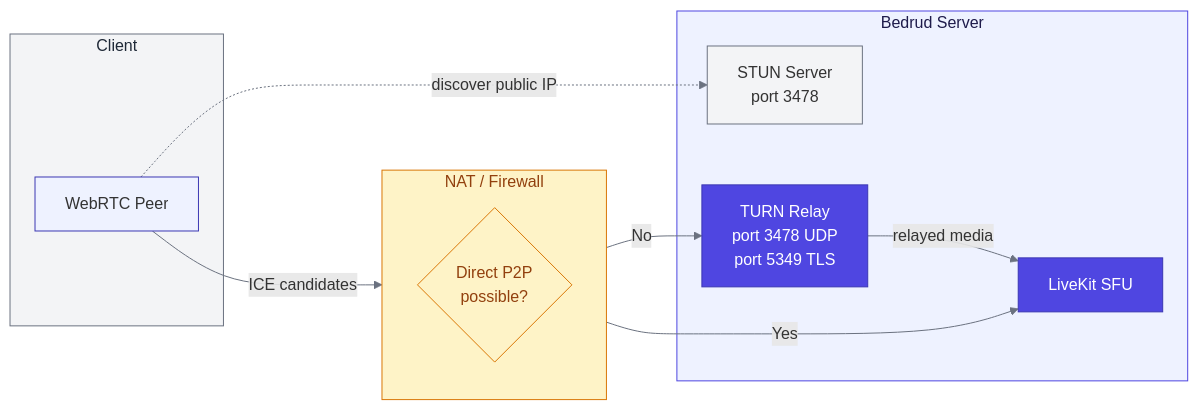
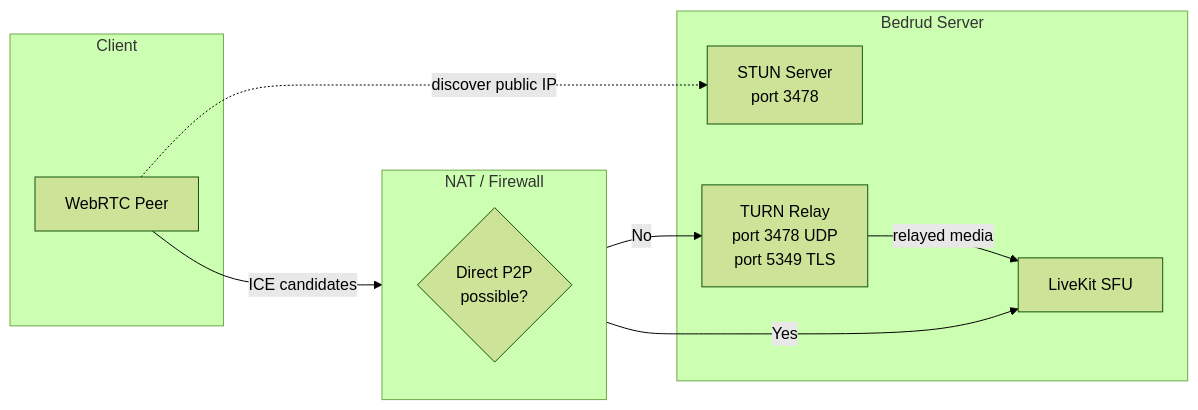
The first of 4 diagrams in docs/architecture/turn-server.md (bedrud-ir/bedrud), drawn with Mermaid before and after one commit. The commit also changed other lines of this file and 9 other files, not shown here.

Commit message:
update mermaid diagrams to use forest theme for consistent rendering

````diff
--- a/docs/architecture/turn-server.md
+++ b/docs/architecture/turn-server.md
@@ -29,42 +29,24 @@
 ```mermaid
-%%{init: {'themeVariables': {
-  'primaryColor': '#4F46E1',
-  'primaryTextColor': '#FFFFFF',
-  'primaryBorderColor': '#3B37B3',
-  'lineColor': '#6B7280',
-  'secondaryColor': '#F3F4F6',
-  'tertiaryColor': '#E5E7EB',
-  'background': '#FFFFFF',
-  'mainBkg': '#EEF2FF',
-  'nodeBorder': '#3B37B3'
-}}}%%
+%%{init: {'theme': 'forest'}}%%
 flowchart LR
     subgraph Client["Client"]
         A[WebRTC Peer]
     end
 
     subgraph NAT["NAT / Firewall"]
         direction TB
         N{Direct P2P<br/>possible?}
     end
 
     subgraph Server["Bedrud Server"]
         STUN[STUN Server<br/>port 3478]
         TURN[TURN Relay<br/>port 3478 UDP<br/>port 5349 TLS]
         SFU[LiveKit SFU]
     end
 
     A -->|"ICE candidates"| N
     N -->|"Yes"| SFU
     N -->|"No"| TURN
     TURN -->|"relayed media"| SFU
     A -.->|"discover public IP"| STUN
-
-    style Client fill:#F3F4F6,stroke:#6B7280,color:#1F2937
-    style NAT fill:#FEF3C7,stroke:#D97706,color:#92400E
-    style Server fill:#EEF2FF,stroke:#4F46E1,color:#1E1B4B
-    style STUN fill:#F3F4F6,stroke:#6B7280
-    style TURN fill:#4F46E1,stroke:#3B37B3,color:#FFFFFF
-    style SFU fill:#4F46E1,stroke:#3B37B3,color:#FFFFFF
-    style N fill:#FEF3C7,stroke:#D97706,color:#92400E
 ```
````
